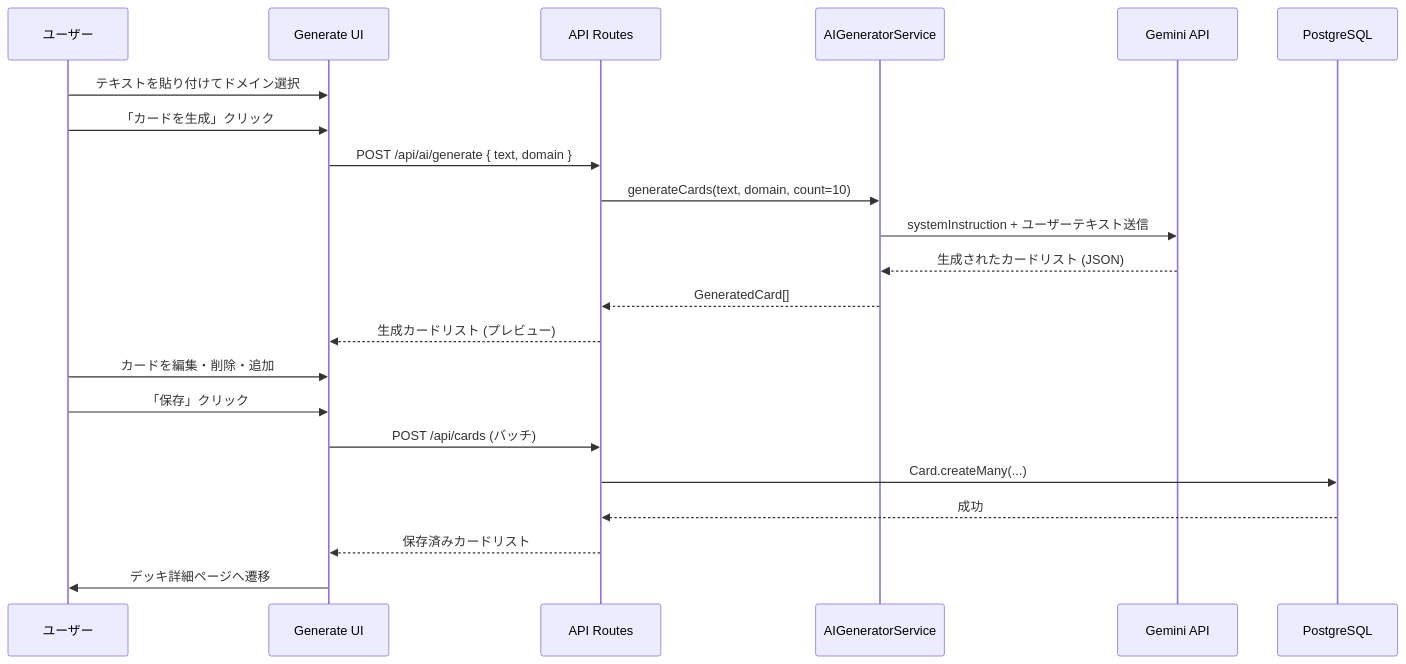
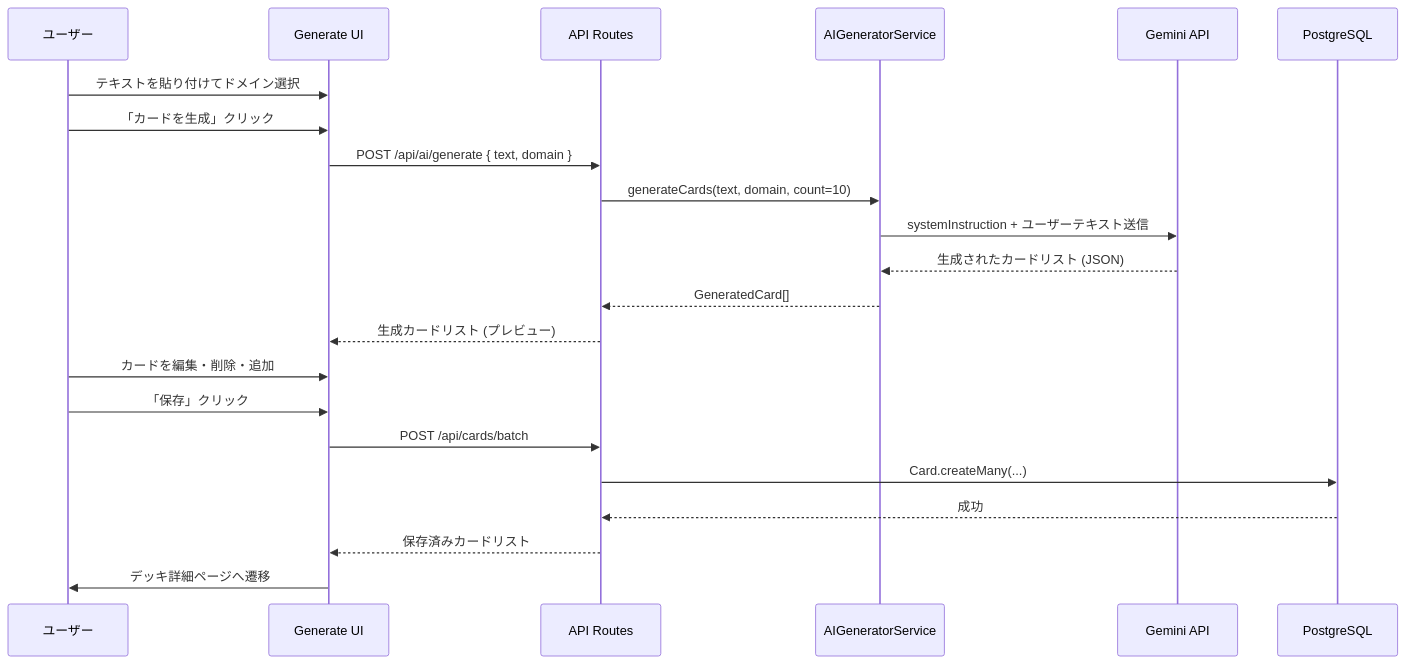
The fourth of 5 diagrams in docs/functional-design.md (m-i-z-L/loop-learn), drawn with Mermaid before and after one commit. The commit also changed other lines of this file and 4 other files, not shown here.

````diff
--- a/docs/functional-design.md
+++ b/docs/functional-design.md
@@ -441,26 +467,26 @@
 ```mermaid
 sequenceDiagram
     participant User as ユーザー
     participant UI as Generate UI
     participant API as API Routes
     participant AISvc as AIGeneratorService
     participant Gemini as Gemini API
     participant DB as PostgreSQL
 
     User->>UI: テキストを貼り付けてドメイン選択
     User->>UI: 「カードを生成」クリック
     UI->>API: POST /api/ai/generate { text, domain }
     API->>AISvc: generateCards(text, domain, count=10)
     AISvc->>Gemini: systemInstruction + ユーザーテキスト送信
     Gemini-->>AISvc: 生成されたカードリスト (JSON)
     AISvc-->>API: GeneratedCard[]
     API-->>UI: 生成カードリスト (プレビュー)
 
     User->>UI: カードを編集・削除・追加
     User->>UI: 「保存」クリック
-    UI->>API: POST /api/cards (バッチ)
+    UI->>API: POST /api/cards/batch
     API->>DB: Card.createMany(...)
     DB-->>API: 成功
     API-->>UI: 保存済みカードリスト
     UI->>User: デッキ詳細ページへ遷移
 ```
````
